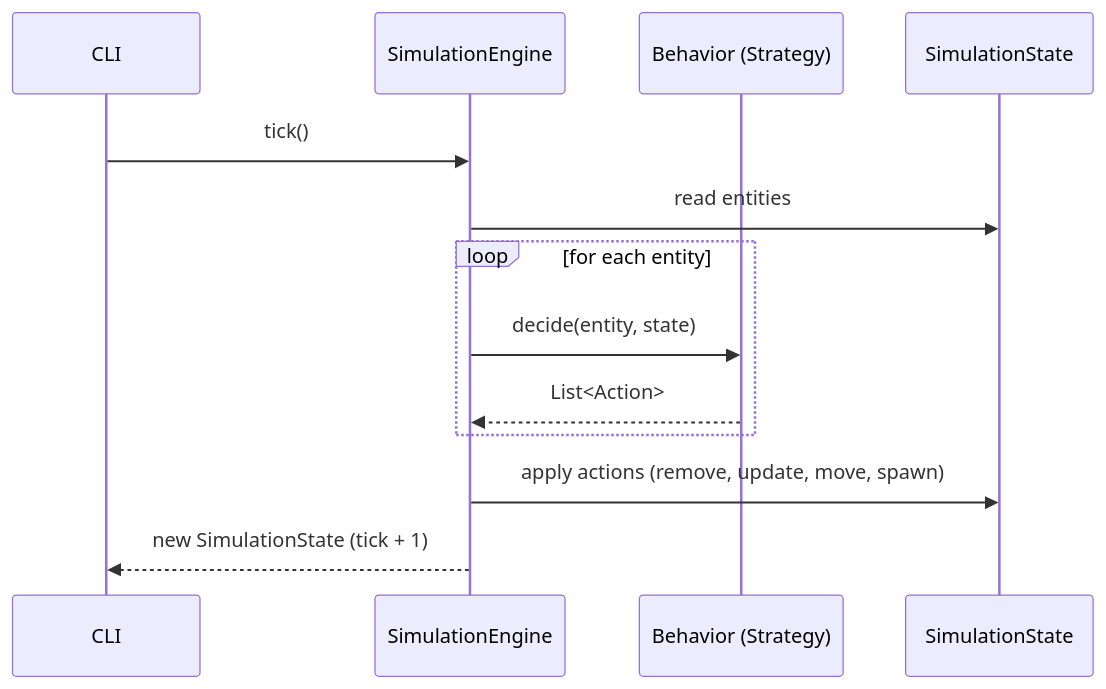
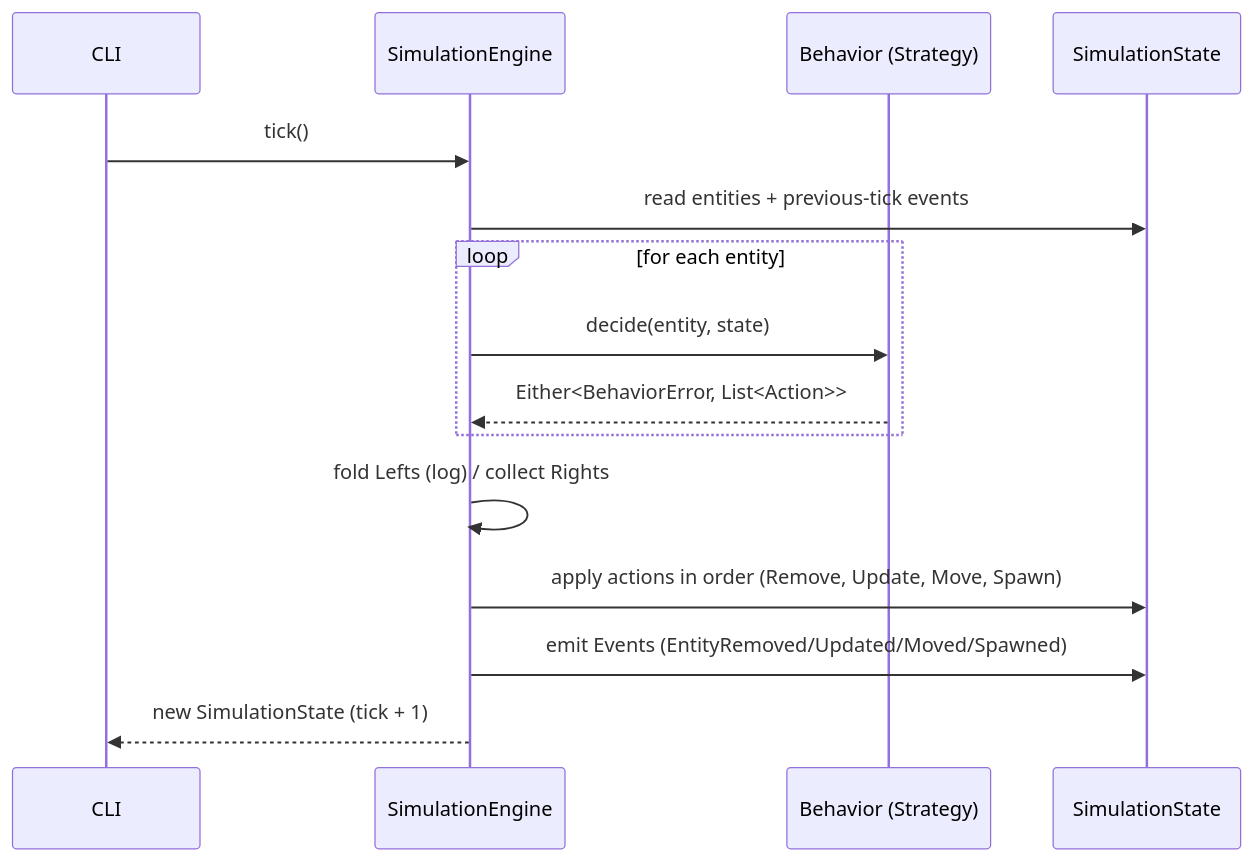
One commit to SotiriosApostoles/simulation-lab changed the second of 2 diagrams in ARCHITECTURE_MAP.md. Above: the diagram before and after it, drawn with Mermaid. The commit also changed other lines of this file and 1 other file, not shown here.

First line of the commit message:
Document FSM, memory, and Either decisions in architecture

````diff
--- a/ARCHITECTURE_MAP.md
+++ b/ARCHITECTURE_MAP.md
@@ -58,16 +64,18 @@
 ```mermaid
 sequenceDiagram
     participant CLI
     participant Engine as SimulationEngine
     participant Behavior as Behavior (Strategy)
     participant State as SimulationState
 
     CLI->>Engine: tick()
-    Engine->>State: read entities
+    Engine->>State: read entities + previous-tick events
     loop for each entity
         Engine->>Behavior: decide(entity, state)
-        Behavior-->>Engine: List<Action>
+        Behavior-->>Engine: Either<BehaviorError, List<Action>>
     end
-    Engine->>State: apply actions (remove, update, move, spawn)
+    Engine->>Engine: fold Lefts (log) / collect Rights
+    Engine->>State: apply actions in order (Remove, Update, Move, Spawn)
+    Engine->>State: emit Events (EntityRemoved/Updated/Moved/Spawned)
     Engine-->>CLI: new SimulationState (tick + 1)
 ```
````
